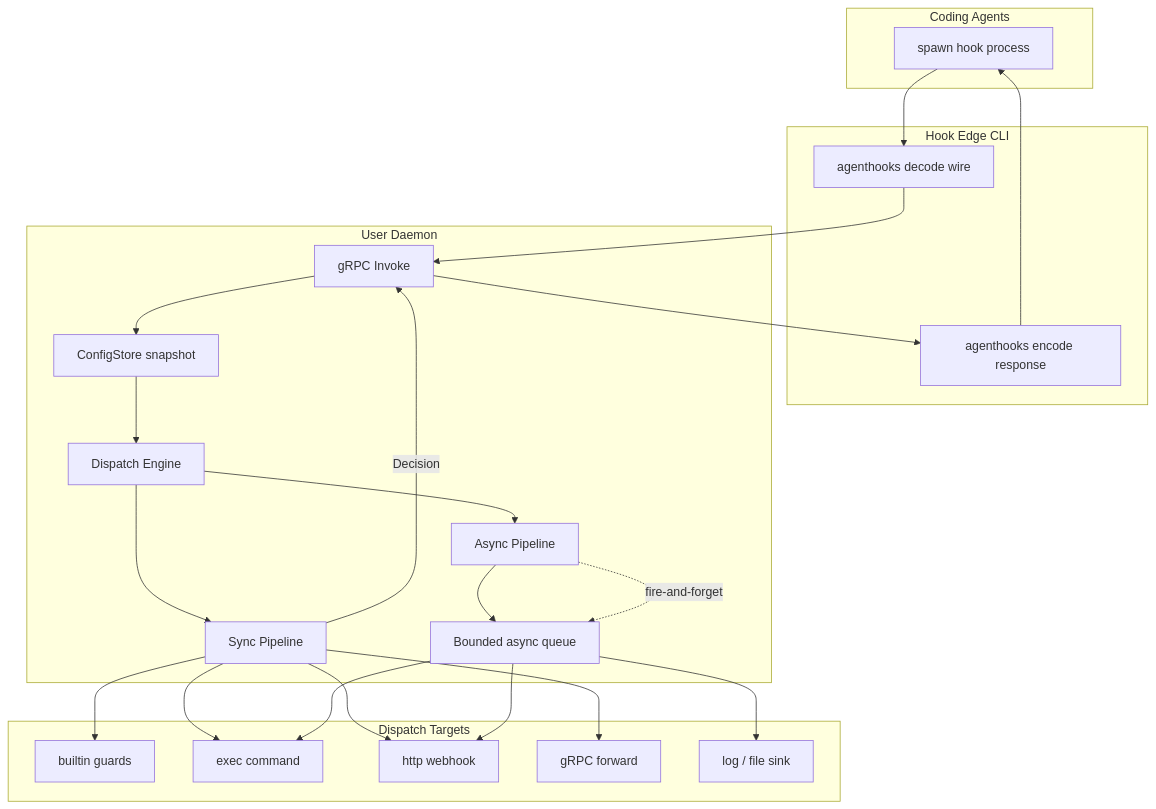
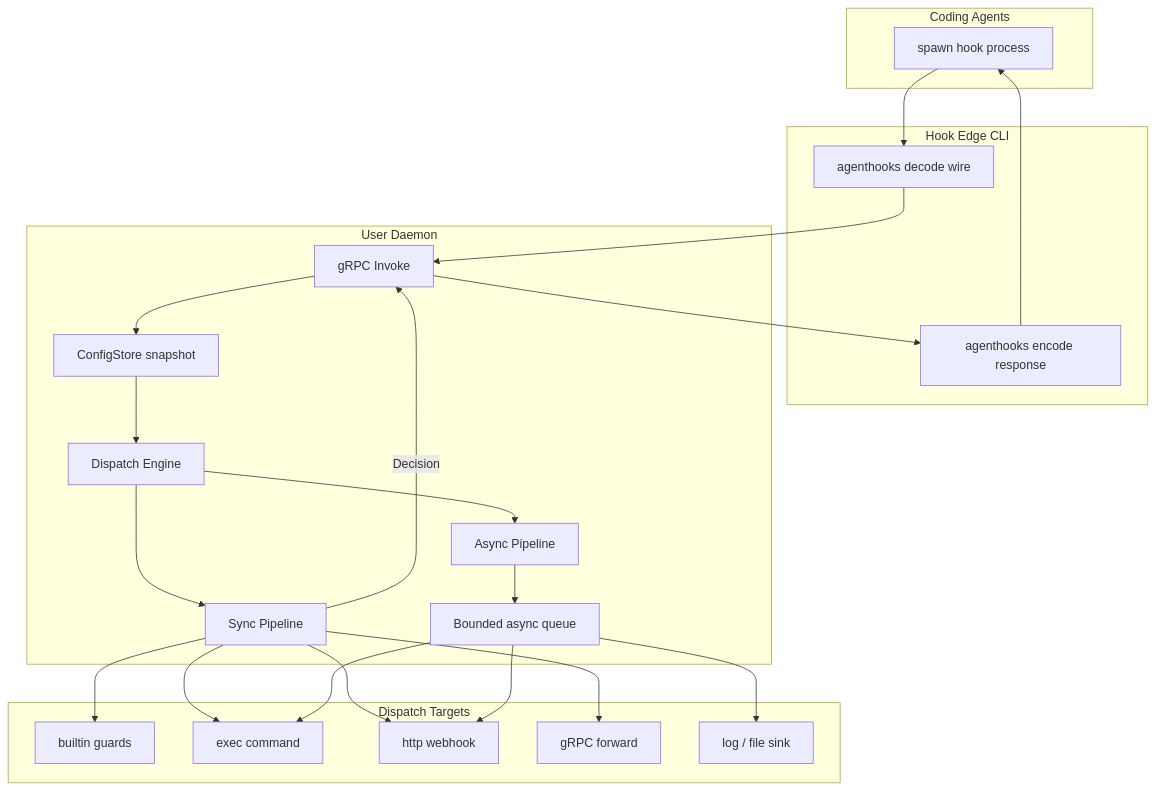
One commit to macrox-pro/agentd changed the first of 2 diagrams in DESIGN.md. Above: the diagram before and after it, drawn with Mermaid. The commit also changed other lines of this file and 21 other files, not shown here.

````diff
--- a/DESIGN.md
+++ b/DESIGN.md
@@ -32,47 +46,29 @@
 ```mermaid
 flowchart TB
   subgraph agents [Coding Agents]
     AgentSpawn[spawn hook process]
   end
-
   subgraph hookCLI [Hook Edge CLI]
     Decode[agenthooks decode wire]
     Encode[agenthooks encode response]
   end
-
   subgraph daemon [User Daemon]
     Invoke[gRPC Invoke]
     Dispatch[Dispatch Engine]
     SyncPipe[Sync Pipeline]
     AsyncPipe[Async Pipeline]
     ConfigStore[ConfigStore snapshot]
     AsyncQueue[Bounded async queue]
   end
-
   subgraph targets [Dispatch Targets]
     Builtin[builtin guards]
     Exec[exec command]
     HTTP[http webhook]
     GRPCfwd[gRPC forward]
     LogSink[log / file sink]
   end
-
-  AgentSpawn --> Decode
-  Decode --> Invoke
-  Invoke --> ConfigStore
-  ConfigStore --> Dispatch
-  Dispatch --> SyncPipe
-  Dispatch --> AsyncPipe
-  SyncPipe --> Builtin
-  SyncPipe --> Exec
-  SyncPipe --> HTTP
-  SyncPipe --> GRPCfwd
-  AsyncPipe --> AsyncQueue
-  AsyncQueue --> LogSink
-  AsyncQueue --> HTTP
-  AsyncQueue --> Exec
-  SyncPipe -->|"Decision"| Invoke
-  Invoke --> Encode
-  Encode --> AgentSpawn
-  AsyncPipe -.->|"fire-and-forget"| AsyncQueue
+  AgentSpawn --> Decode --> Invoke --> ConfigStore --> Dispatch
+  Dispatch --> SyncPipe --> Builtin & Exec & HTTP & GRPCfwd
+  Dispatch --> AsyncPipe --> AsyncQueue --> LogSink & HTTP & Exec
+  SyncPipe -->|"Decision"| Invoke --> Encode --> AgentSpawn
 ```
````
